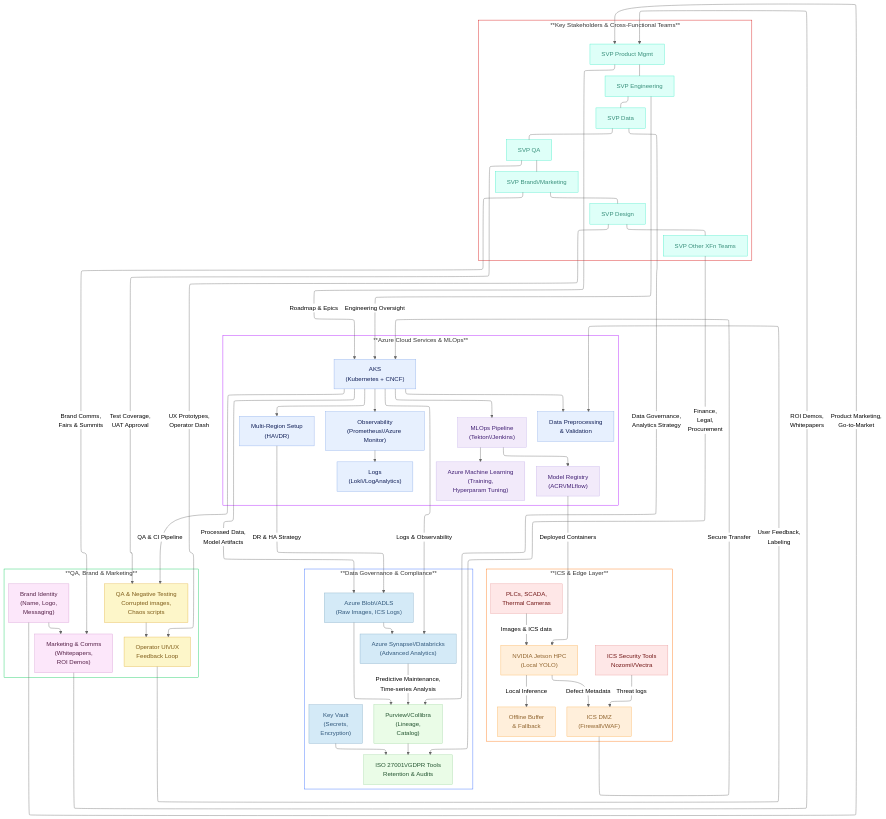
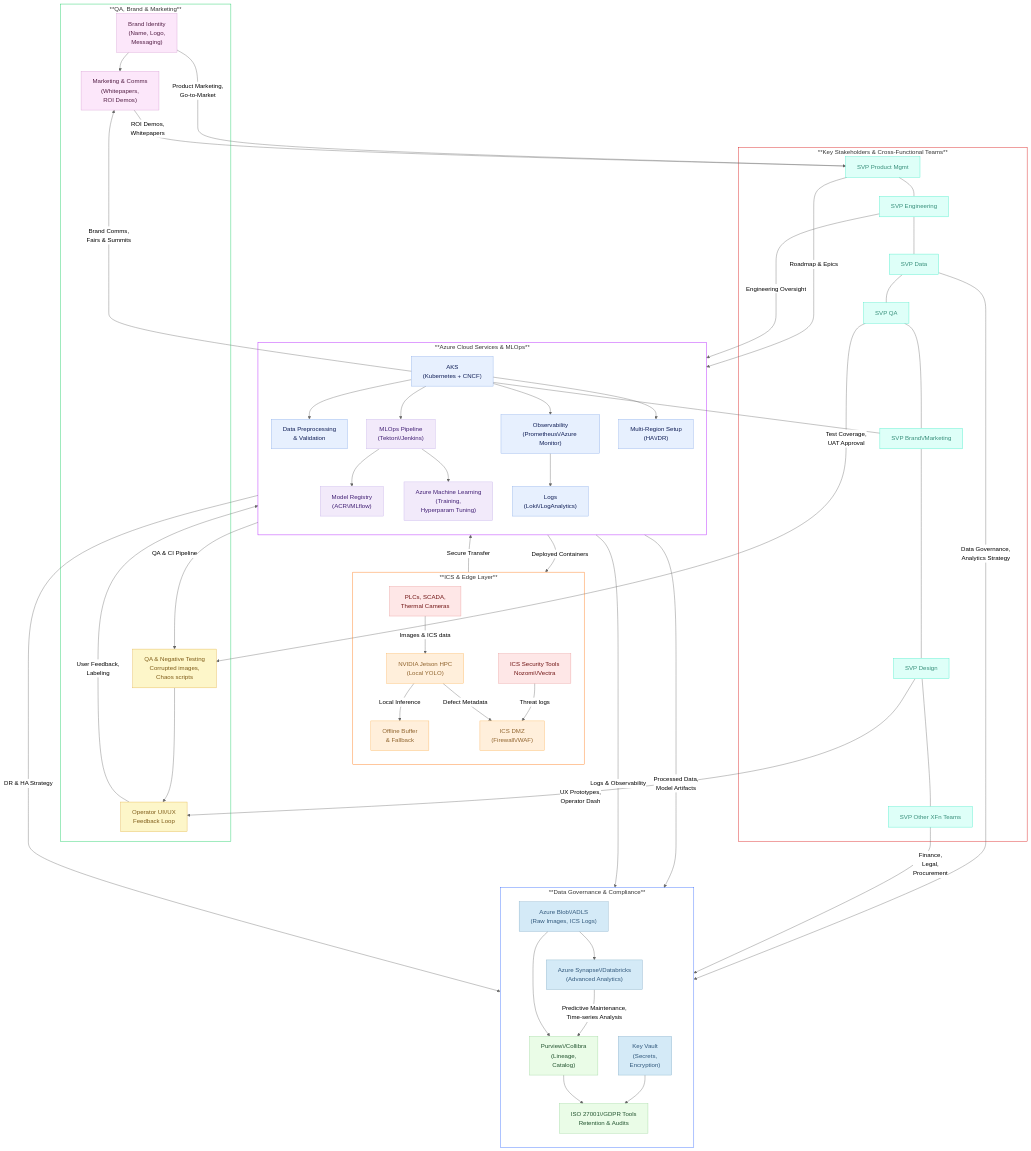
One commit to suprachakra/AlumiGuard-AI changed the diagram in README.md. Above: the diagram before and after it, drawn with Mermaid (neutral theme).

````diff
--- a/README.md
+++ b/README.md
@@ -32,8 +32,4 @@
 ```mermaid
----
-config:
-  layout: elk
----
 flowchart TB
  subgraph ICS_Env["**ICS & Edge Layer**"]
     direction TB
````
